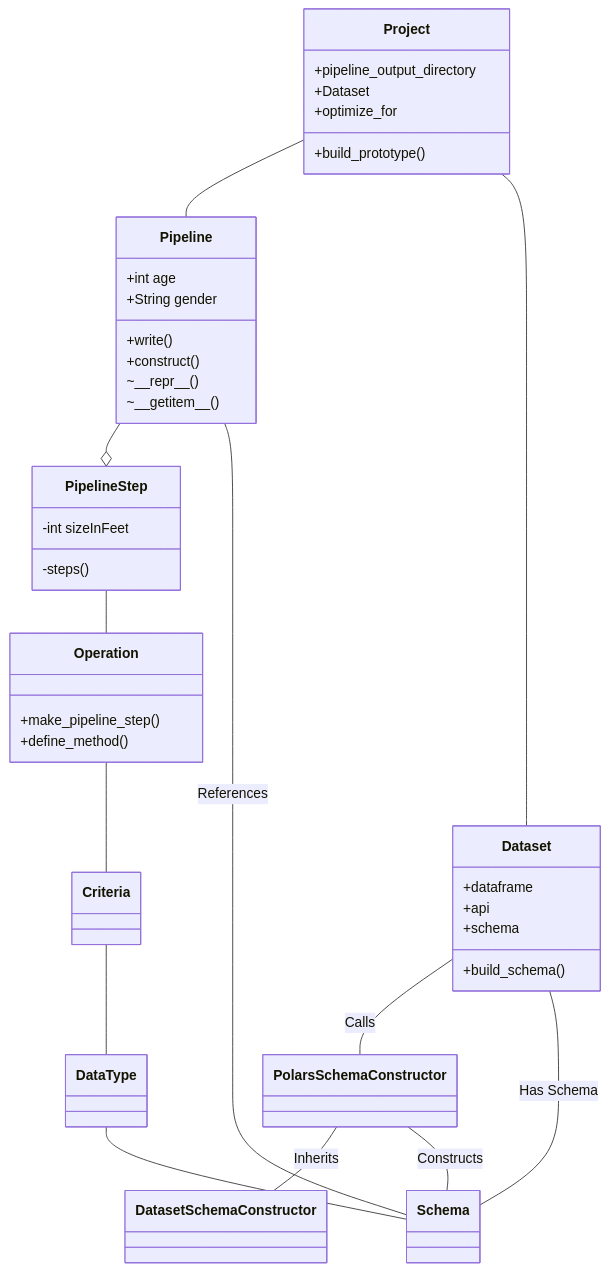
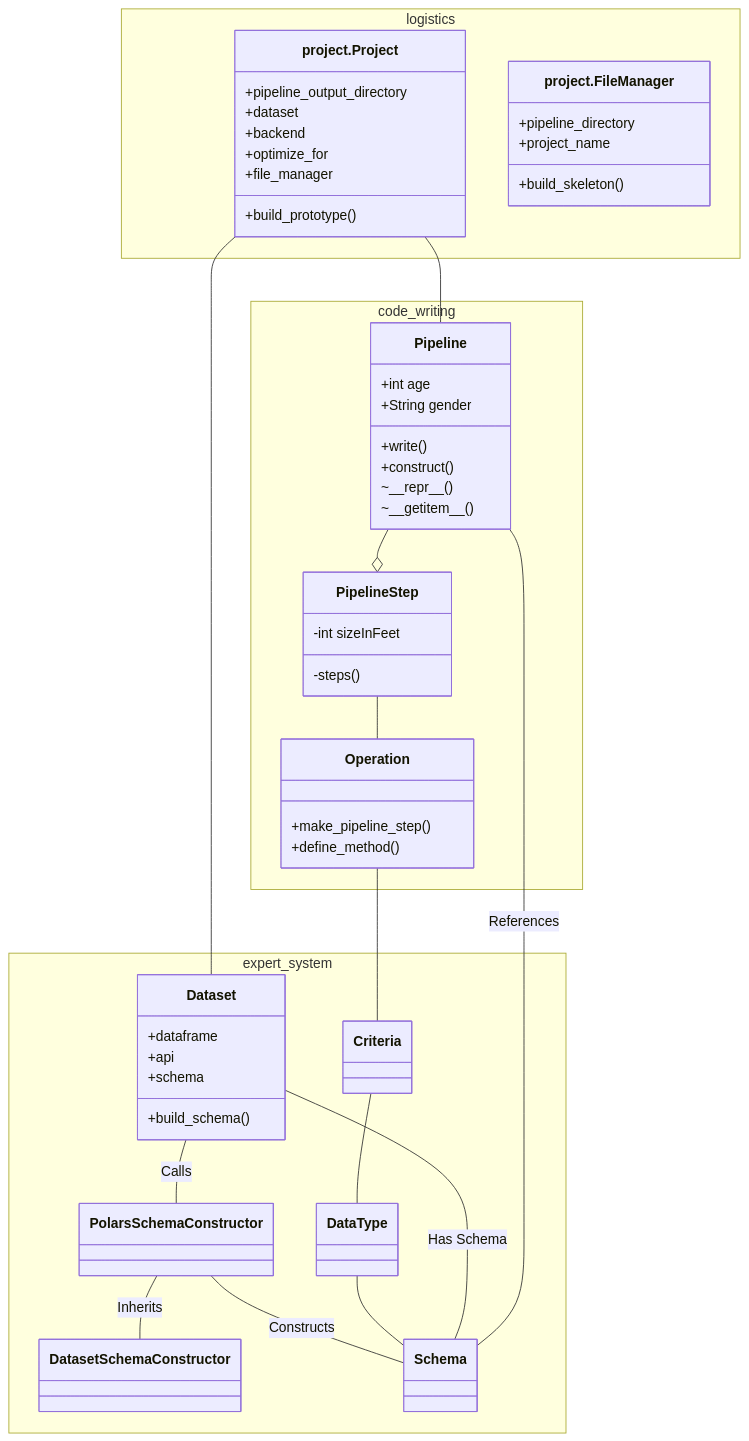
The diagram in diagrams/class_diagrams.mmd (pjachim/Bukka), drawn with Mermaid before and after one commit.

Commit message:
Added more detail to diagrams.

```diff
--- a/diagrams/class_diagrams.mmd
+++ b/diagrams/class_diagrams.mmd
@@ -1,57 +1,72 @@
 classDiagram
     Pipeline --o Pipeline Step
     Polars Schema Constructor -- Dataset Schema Constructor: Inherits
     Polars Schema Constructor -- Schema: Constructs
     Dataset -- Polars Schema Constructor: Calls
     Pipeline Step -- Operation
-    Project -- Pipeline
-    Project -- Dataset
+    project.Project -- Pipeline
+    project.Project -- Dataset
     Operation -- Criteria
     Criteria -- Data Type
     Data Type -- Schema
     Dataset -- Schema: Has Schema
     Pipeline -- Schema: References
 
-    class Dataset{
-        +dataframe
-        +api
-        +schema
-        +build_schema()
-    }
+    namespace logistics {
+        class project.Project {
+            +pipeline_output_directory
+            +dataset
+            +backend
+            +optimize_for
+            +file_manager
+            +build_prototype()
+        }
 
-    class Dataset Schema Constructor{
+        class project.FileManager {
+            +pipeline_directory
+            +project_name
+            +build_skeleton()
+        }
 
     }
 
-    class Polars Schema Constructor {
+    namespace expert_system {
+        class Dataset{
+            +dataframe
+            +api
+            +schema
+            +build_schema()
+        }
 
+        class Dataset Schema Constructor{
+
+        }
+
+        class Polars Schema Constructor {
+
+        }
+        class Criteria
+        class Schema
+        class DataType
     }
     
-    class Pipeline{
-        +int age
-        +String gender
-        +write()
-        +construct()
-        ~\_\_repr__()
-        ~\_\_getitem__()
+    namespace code_writing {
+        class Pipeline{
+            +int age
+            +String gender
+            +write()
+            +construct()
+            ~\_\_repr__()
+            ~\_\_getitem__()
+        }
+
+        class Pipeline Step{
+            -int sizeInFeet
+            -steps()
+        }
+
+        class Operation {
+            +make_pipeline_step()
+            +define_method()
+        }
     }
-
-    class Pipeline Step{
-      -int sizeInFeet
-      -steps()
-    }
-
-    class Operation {
-        +make_pipeline_step()
-        +define_method()
-
-    }
-
-    class Project {
-        +pipeline_output_directory
-        +Dataset
-        +optimize_for
-        +build_prototype()
-    }
-
-    class Criteria
```
